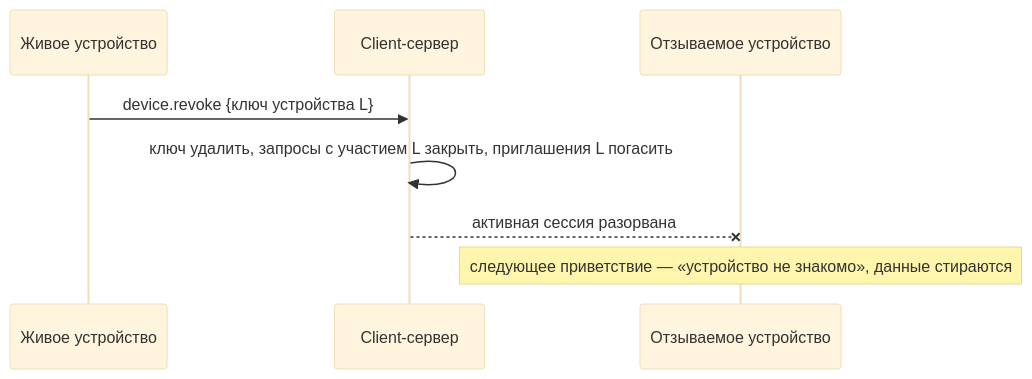
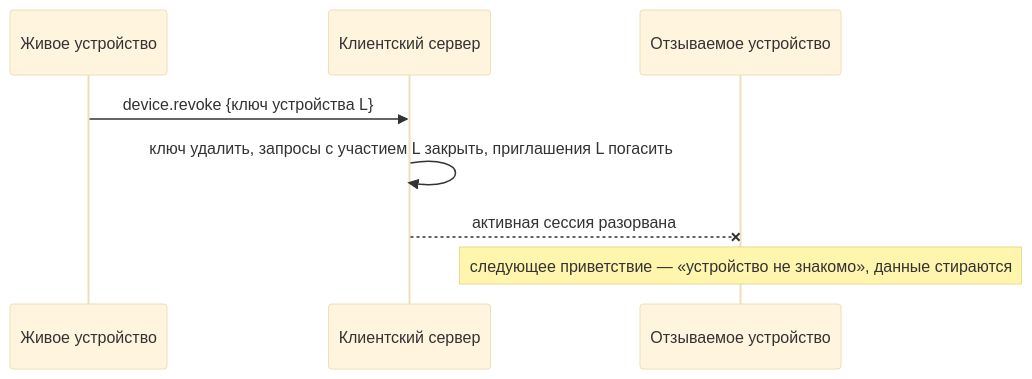
One commit to cyphernet-labs/nox-app changed the fourth of 5 diagrams in docs/client-backend/architecture/authentication.md. Above: the diagram before and after it, drawn with Mermaid (base theme). The commit also changed other lines of this file and 23 other files, not shown here.

First line of the commit message:
docs(client-backend): the contract, architecture and registers as the server and app have them

````diff
--- a/docs/client-backend/architecture/authentication.md
+++ b/docs/client-backend/architecture/authentication.md
@@ -154,10 +154,10 @@
 ```mermaid
 sequenceDiagram
   participant P as Живое устройство
-  participant CB as Client-сервер
+  participant CB as Клиентский сервер
   participant L as Отзываемое устройство
   P->>CB: device.revoke {ключ устройства L}
   CB->>CB: ключ удалить, запросы с участием L закрыть, приглашения L погасить
   CB--xL: активная сессия разорвана
   Note over L: следующее приветствие — «устройство не знакомо», данные стираются
 ```
````
